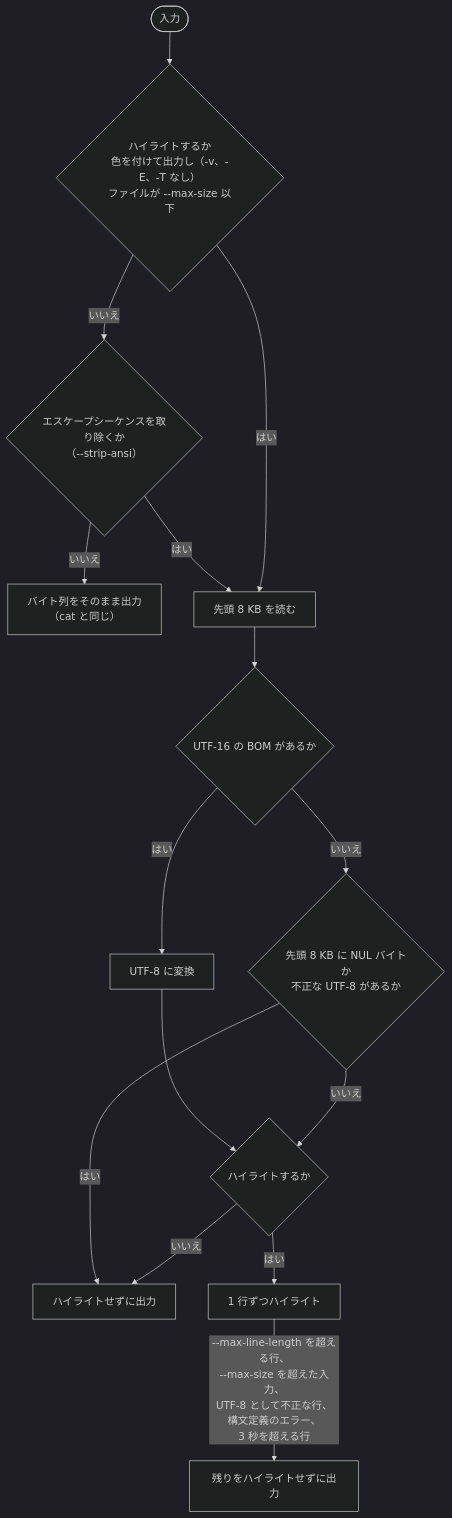
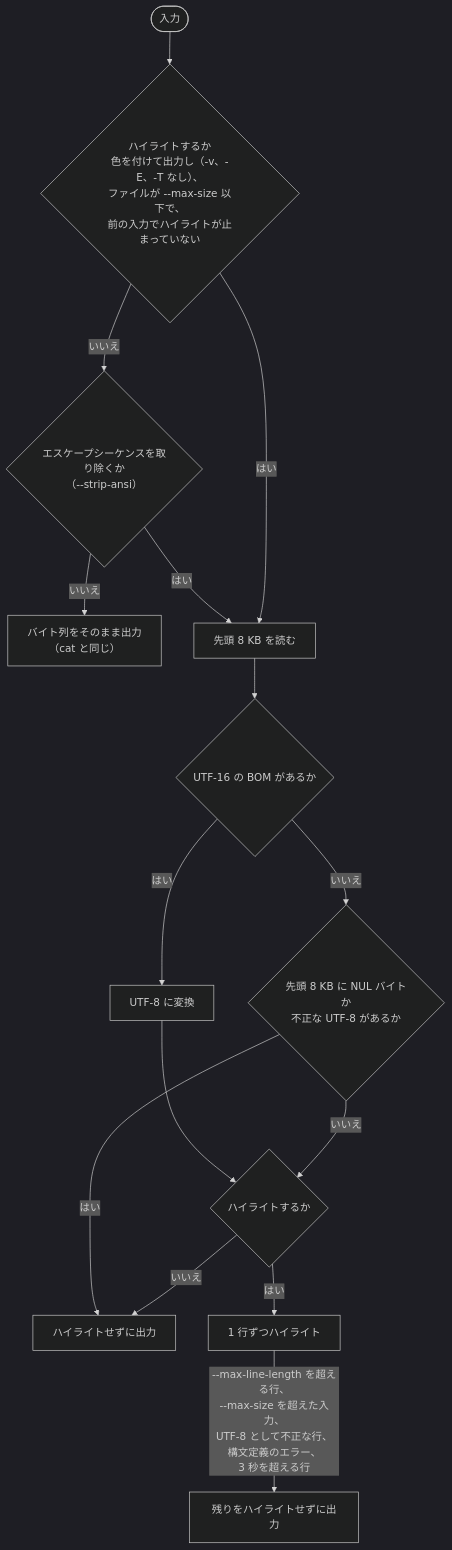
One commit to codemajin/hl changed the fourth of 4 diagrams in docs/SPEC_ja.md. Above: the diagram before and after it, drawn with Mermaid (dark theme). The commit also changed other lines of this file and 9 other files, not shown here.

````diff
--- a/docs/SPEC_ja.md
+++ b/docs/SPEC_ja.md
@@ -151,17 +151,17 @@
 ```mermaid
 flowchart TD
-    input(["入力"]) --> hl{"ハイライトするか<br/>色を付けて出力し（-v、-E、-T なし）<br/>ファイルが --max-size 以下"}
+    input(["入力"]) --> hl{"ハイライトするか<br/>色を付けて出力し（-v、-E、-T なし）、<br/>ファイルが --max-size 以下で、<br/>前の入力でハイライトが止まっていない"}
     hl -->|いいえ| strip{"エスケープシーケンスを取り除くか<br/>（--strip-ansi）"}
     strip -->|いいえ| cat["バイト列をそのまま出力<br/>（cat と同じ）"]
     strip -->|はい| peek
     hl -->|はい| peek["先頭 8 KB を読む"]
     peek --> bom{"UTF-16 の BOM があるか"}
     bom -->|はい| decode["UTF-8 に変換"]
     decode --> target{"ハイライトするか"}
     bom -->|いいえ| binary{"先頭 8 KB に NUL バイトか<br/>不正な UTF-8 があるか"}
     binary -->|はい| plain["ハイライトせずに出力"]
     binary -->|いいえ| target
     target -->|いいえ| plain
     target -->|はい| lines["1 行ずつハイライト"]
     lines -->|"--max-line-length を超える行、<br/>--max-size を超えた入力、<br/>UTF-8 として不正な行、<br/>構文定義のエラー、<br/>3 秒を超える行"| rest["残りをハイライトせずに出力"]
 ```
````
